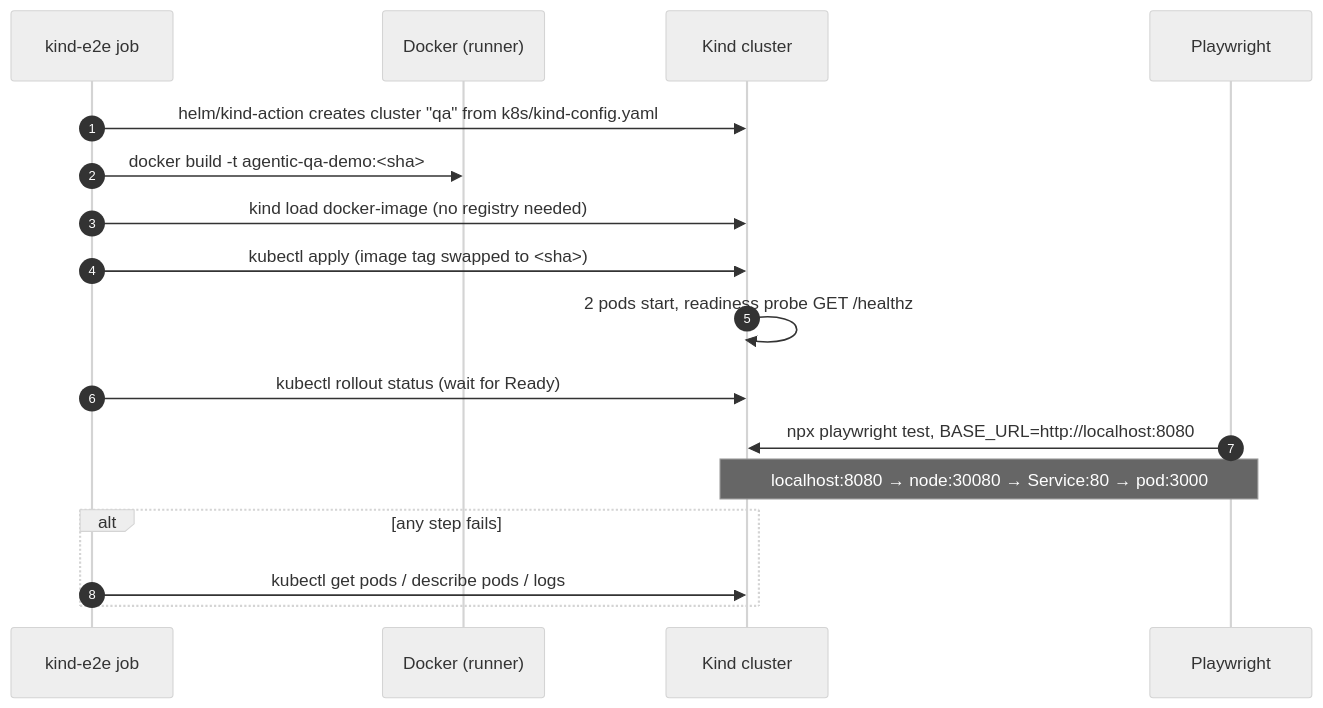
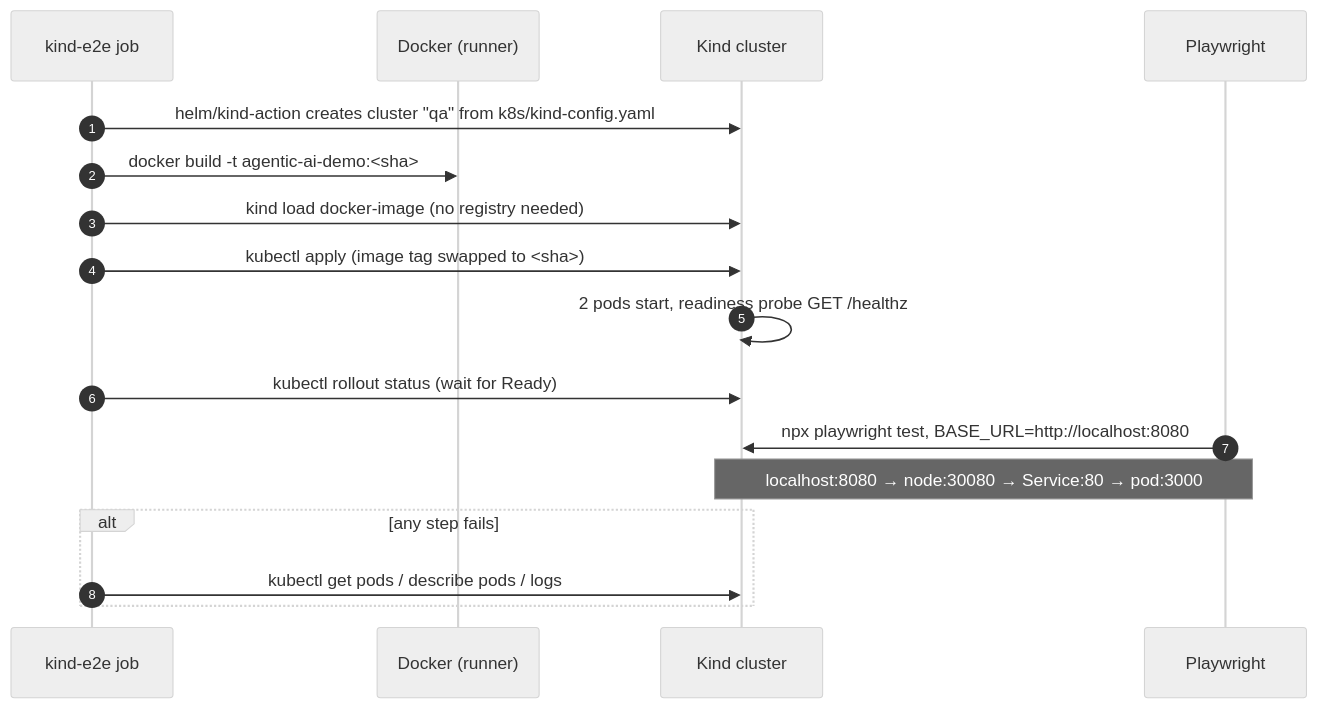
Before and after one commit to zbasmajian/agentic-qa-demo: the third of 5 diagrams in README.md, drawn with Mermaid (neutral theme). The commit also changed other lines of this file and 6 other files, not shown here.

First line of the commit message:
chore: rename project from agentic-qa-demo to agentic-ai-demo

````diff
--- a/README.md
+++ b/README.md
@@ -147,20 +147,20 @@
 ```mermaid
 sequenceDiagram
     autonumber
     participant CI as kind-e2e job
     participant D as Docker (runner)
     participant K as Kind cluster
     participant P as Playwright
 
     CI->>K: helm/kind-action creates cluster "qa" from k8s/kind-config.yaml
-    CI->>D: docker build -t agentic-qa-demo:<sha>
+    CI->>D: docker build -t agentic-ai-demo:<sha>
     CI->>K: kind load docker-image (no registry needed)
     CI->>K: kubectl apply (image tag swapped to <sha>)
     K->>K: 2 pods start, readiness probe GET /healthz
     CI->>K: kubectl rollout status (wait for Ready)
     P->>K: npx playwright test, BASE_URL=http://localhost:8080
     Note over P,K: localhost:8080 → node:30080 → Service:80 → pod:3000
     alt any step fails
         CI->>K: kubectl get pods / describe pods / logs
     end
 ```
````
